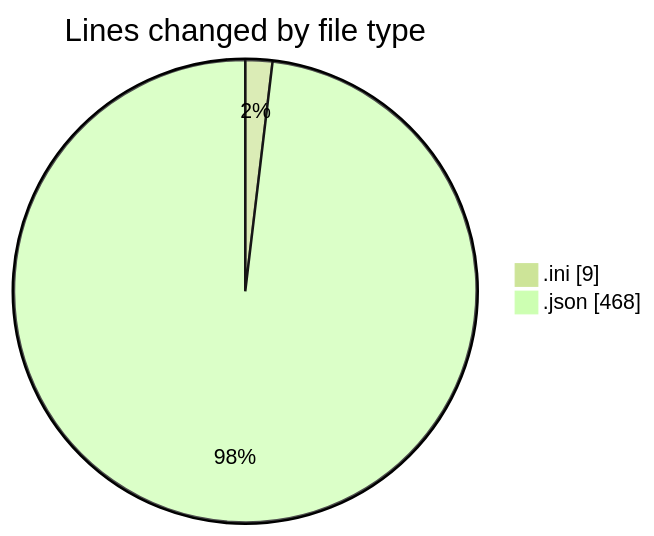
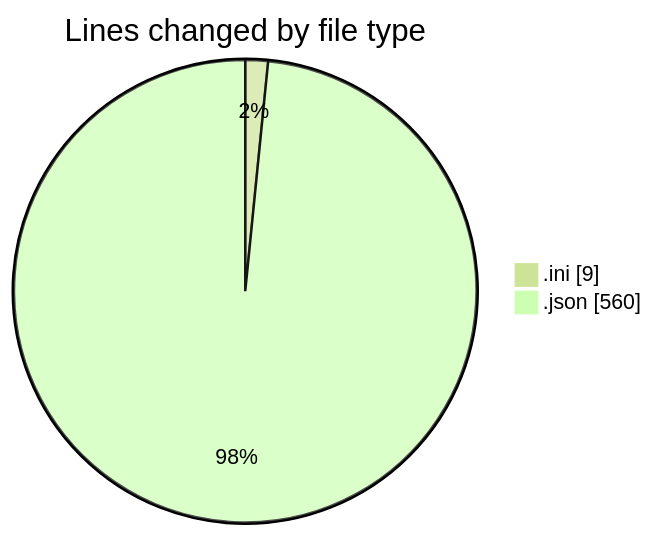
The first of 2 diagrams in 2025-04-27/crud-filament/README.md (idhammustaqopulfikri/code-tracking), drawn with Mermaid (forest theme) before and after one commit. The commit also changed other lines of this file and 1 other file, not shown here.

````diff
--- a/2025-04-27/crud-filament/README.md
+++ b/2025-04-27/crud-filament/README.md
@@ -21,6 +22,6 @@
 ```mermaid
 pie showData
 title Lines changed by file type
 ".ini" : 9
-".json" : 468
+".json" : 560
 ```
````
